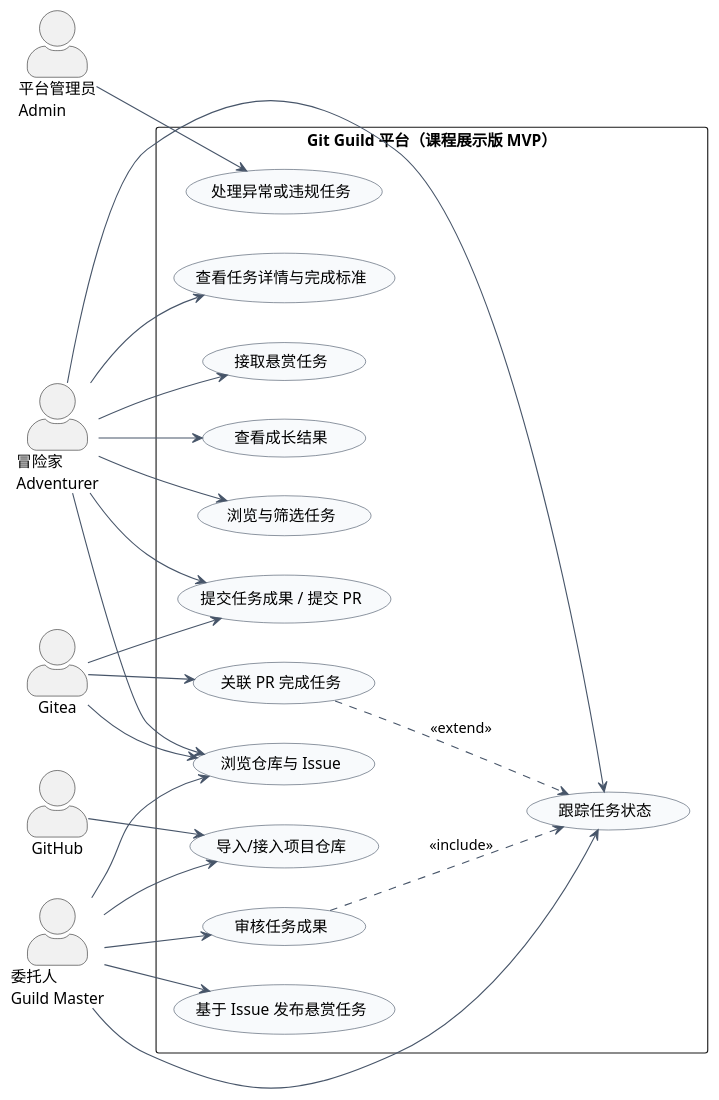
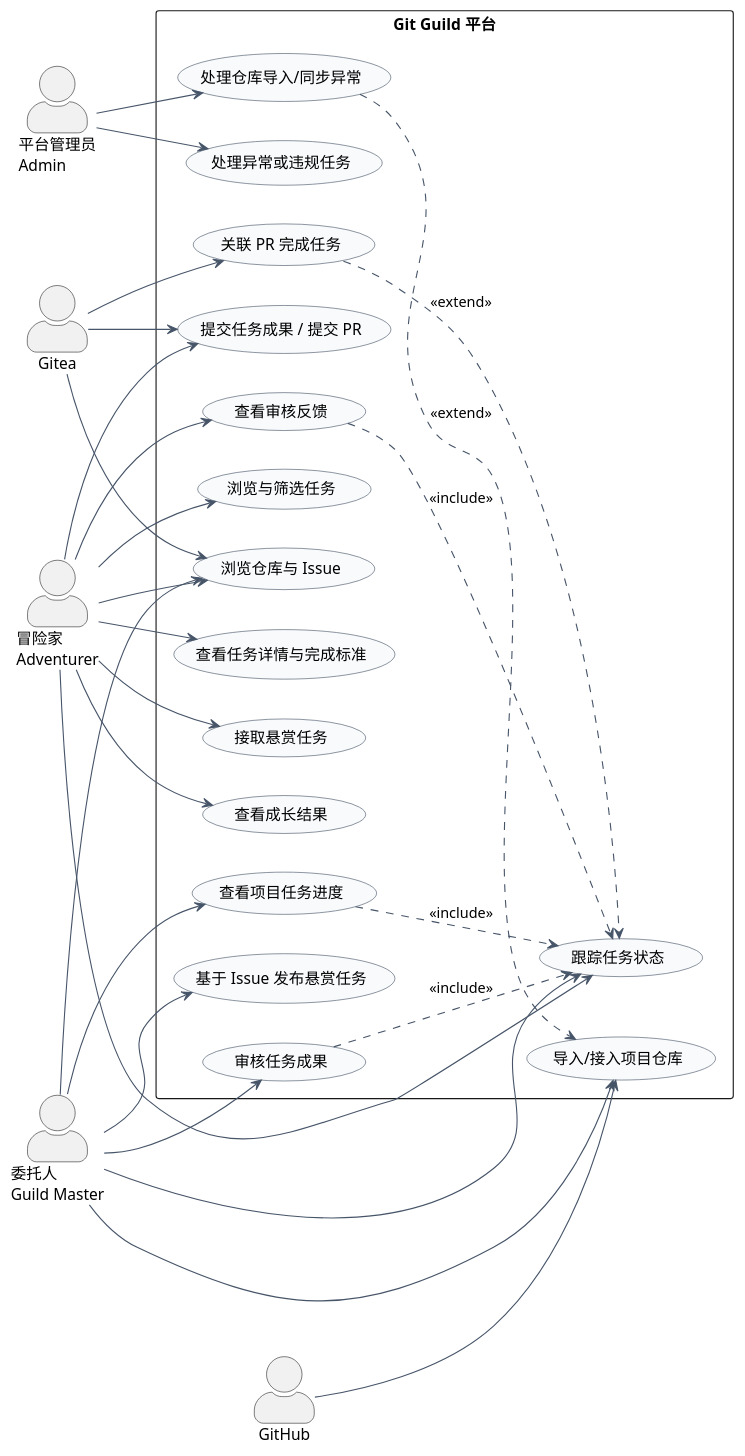
Before and after one commit to ZhenchangMin/Git-Guild: the diagram in docs/P1/用例图&详细用例描述.md, drawn with PlantUML. The commit also changed other lines of this file and 10 other files, not shown here.

````diff
--- a/docs/P1/用例图&详细用例描述.md
+++ b/docs/P1/用例图&详细用例描述.md
@@ -32,59 +35,68 @@
 ```plantuml
 @startuml
 left to right direction
 skinparam shadowing false
 skinparam packageStyle rectangle
 skinparam actorStyle awesome
 skinparam usecase {
   BackgroundColor #F8FAFC
   BorderColor #334155
   ArrowColor #475569
 }
 
 actor "冒险家\nAdventurer" as Adventurer
 actor "委托人\nGuild Master" as GuildMaster
 actor "平台管理员\nAdmin" as Admin
 actor "GitHub" as GitHub
 actor "Gitea" as Gitea
 
-rectangle "Git Guild 平台（课程展示版 MVP）" {
+rectangle "Git Guild 平台" {
   usecase "导入/接入项目仓库" as UC01
   usecase "浏览仓库与 Issue" as UC02
   usecase "基于 Issue 发布悬赏任务" as UC03
   usecase "浏览与筛选任务" as UC04
   usecase "查看任务详情与完成标准" as UC05
   usecase "接取悬赏任务" as UC06
   usecase "提交任务成果 / 提交 PR" as UC07
   usecase "审核任务成果" as UC08
   usecase "跟踪任务状态" as UC09
   usecase "关联 PR 完成任务" as UC10
   usecase "查看成长结果" as UC11
   usecase "处理异常或违规任务" as UC12
+  usecase "查看审核反馈" as UC13
+  usecase "查看项目任务进度" as UC14
+  usecase "处理仓库导入/同步异常" as UC15
 }
 
 GuildMaster --> UC01
 GuildMaster --> UC02
 GuildMaster --> UC03
 GuildMaster --> UC08
 GuildMaster --> UC09
+GuildMaster --> UC14
 
 Adventurer --> UC02
 Adventurer --> UC04
 Adventurer --> UC05
 Adventurer --> UC06
 Adventurer --> UC07
 Adventurer --> UC09
 Adventurer --> UC11
+Adventurer --> UC13
 
 Admin --> UC12
+Admin --> UC15
 
 GitHub --> UC01
 Gitea --> UC02
 Gitea --> UC07
 Gitea --> UC10
 
 UC08 ..> UC09 : <<include>>
 UC10 ..> UC09 : <<extend>>
+UC13 ..> UC09 : <<include>>
+UC14 ..> UC09 : <<include>>
+UC15 ..> UC01 : <<extend>>
 
 @enduml
 ```
````
